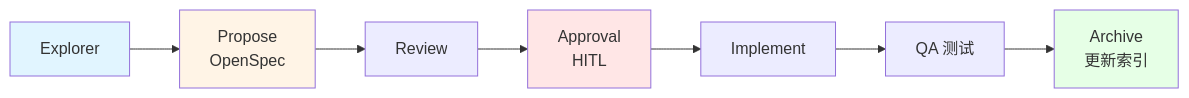
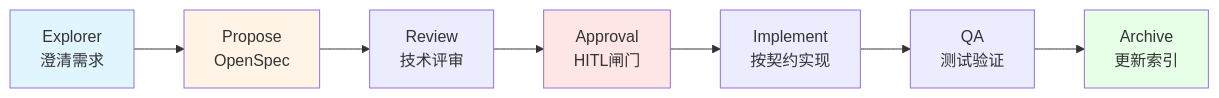
Before and after one commit to listener-He/java-harness-agent: the third of 5 diagrams in README_zh.md, drawn with Mermaid. The commit also changed other lines of this file and 28 other files, not shown here.

````diff
--- a/README_zh.md
+++ b/README_zh.md
@@ -121,14 +312,14 @@
 ```mermaid
 graph LR
-    A[Explorer] --> B[Propose<br/>OpenSpec]
-    B --> C[Review]
-    C --> D[Approval<br/>HITL]
-    D --> E[Implement]
-    E --> F[QA 测试]
+    A[Explorer<br/>澄清需求] --> B[Propose<br/>OpenSpec]
+    B --> C[Review<br/>技术评审]
+    C --> D[Approval<br/>HITL闸门]
+    D --> E[Implement<br/>按契约实现]
+    E --> F[QA<br/>测试验证]
     F --> G[Archive<br/>更新索引]
     
     style A fill:#e1f5ff
     style B fill:#fff4e6
     style D fill:#ffe6e6
     style G fill:#e6ffe6
 ```
````
